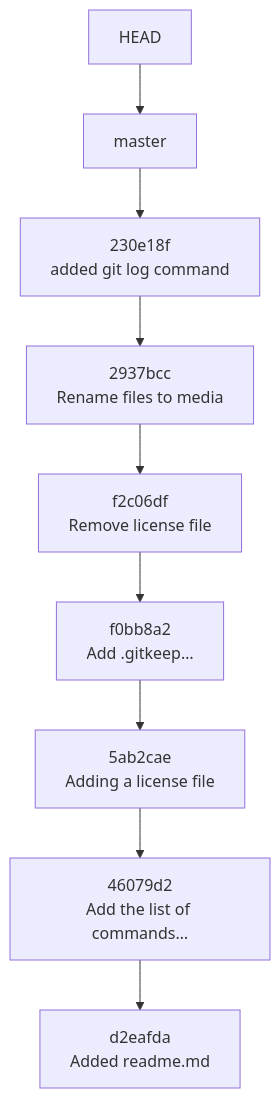
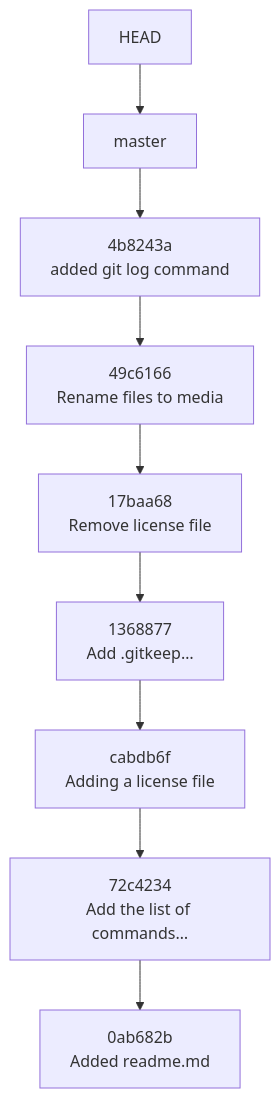
Before and after one commit to OriPekelman/git-training: the diagram in content/en/docs/1-understanding-git/7-play-with-git-revisions.md, drawn with Mermaid. The commit also changed other lines of this file and 70 other files, not shown here.

```diff
--- a/content/en/docs/1-understanding-git/7-play-with-git-revisions.md
+++ b/content/en/docs/1-understanding-git/7-play-with-git-revisions.md
@@ -86,12 +86,12 @@
 {{< mermaid >}}
 graph TD
   H["HEAD"] --> M
   M["master"] --> C7
-  C7["230e18f<br/>added git log command"] --> C6
-  C6["2937bcc<br/>Rename files to media"] --> C5
-  C5["f2c06df<br/>Remove license file"] --> C4
-  C4["f0bb8a2<br/>Add .gitkeep…"] --> C3
-  C3["5ab2cae<br/>Adding a license file"] --> C2
-  C2["46079d2<br/>Add the list of commands…"] --> C1
-  C1["d2eafda<br/>Added readme.md"]
+  C7["4b8243a<br/>added git log command"] --> C6
+  C6["49c6166<br/>Rename files to media"] --> C5
+  C5["17baa68<br/>Remove license file"] --> C4
+  C4["1368877<br/>Add .gitkeep…"] --> C3
+  C3["cabdb6f<br/>Adding a license file"] --> C2
+  C2["72c4234<br/>Add the list of commands…"] --> C1
+  C1["0ab682b<br/>Added readme.md"]
 {{< /mermaid >}}
```
